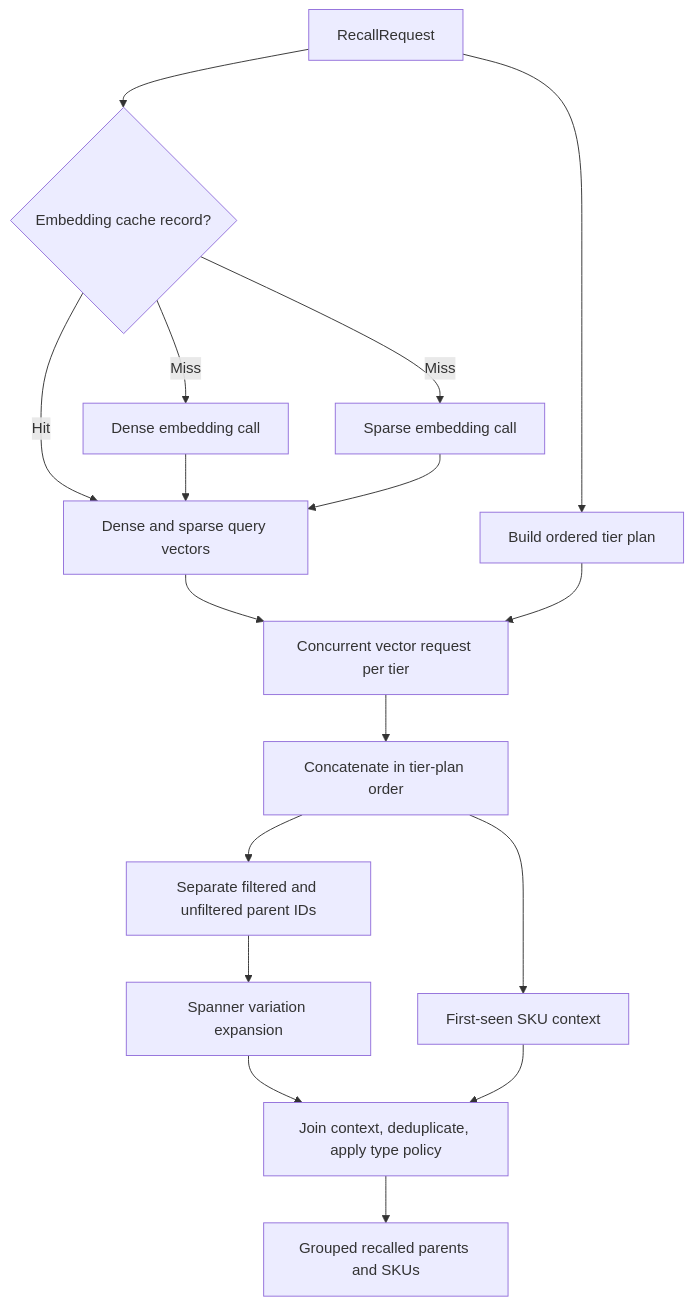
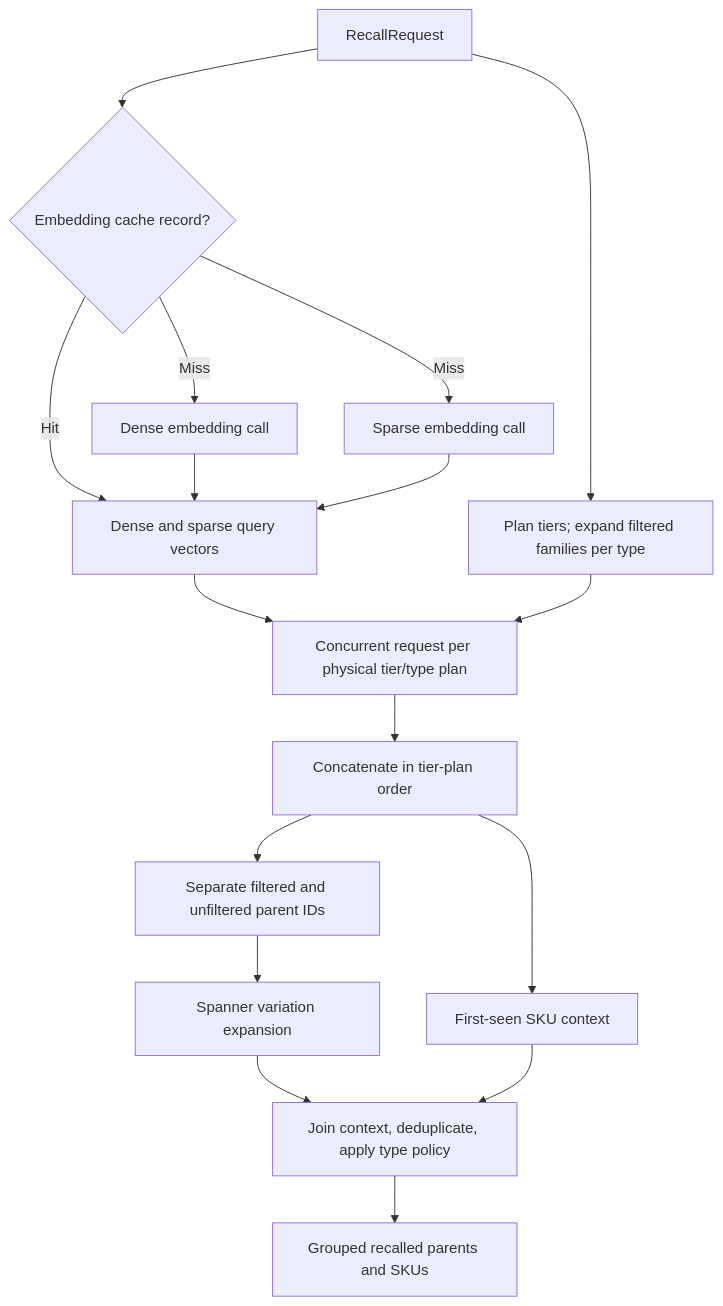
Before and after one commit to aaronjoseph/DataScienceNotes: the eighth of 14 diagrams in Search2.0 architecture.md, drawn with Mermaid. The commit also changed other lines of this file and 195 other files, not shown here.

````diff
--- a/Search2.0 architecture.md
+++ b/Search2.0 architecture.md
@@ -301,19 +531,19 @@
 ```mermaid
 flowchart TD
     Request["RecallRequest"] --> Cache{"Embedding cache record?"}
     Cache -->|Hit| Emb["Dense and sparse query vectors"]
     Cache -->|Miss| Dense["Dense embedding call"]
     Cache -->|Miss| Sparse["Sparse embedding call"]
     Dense --> Emb
     Sparse --> Emb
-    Request --> Plan["Build ordered tier plan"]
-    Emb --> Fan["Concurrent vector request per tier"]
+    Request --> Plan["Plan tiers; expand filtered families per type"]
+    Emb --> Fan["Concurrent request per physical tier/type plan"]
     Plan --> Fan
     Fan --> Raw["Concatenate in tier-plan order"]
     Raw --> ParentIDs["Separate filtered and unfiltered parent IDs"]
     ParentIDs --> Expand["Spanner variation expansion"]
     Raw --> Dedupe["First-seen SKU context"]
     Expand --> Filter["Join context, deduplicate, apply type policy"]
     Dedupe --> Filter
     Filter --> Parents["Grouped recalled parents and SKUs"]
 ```
````
